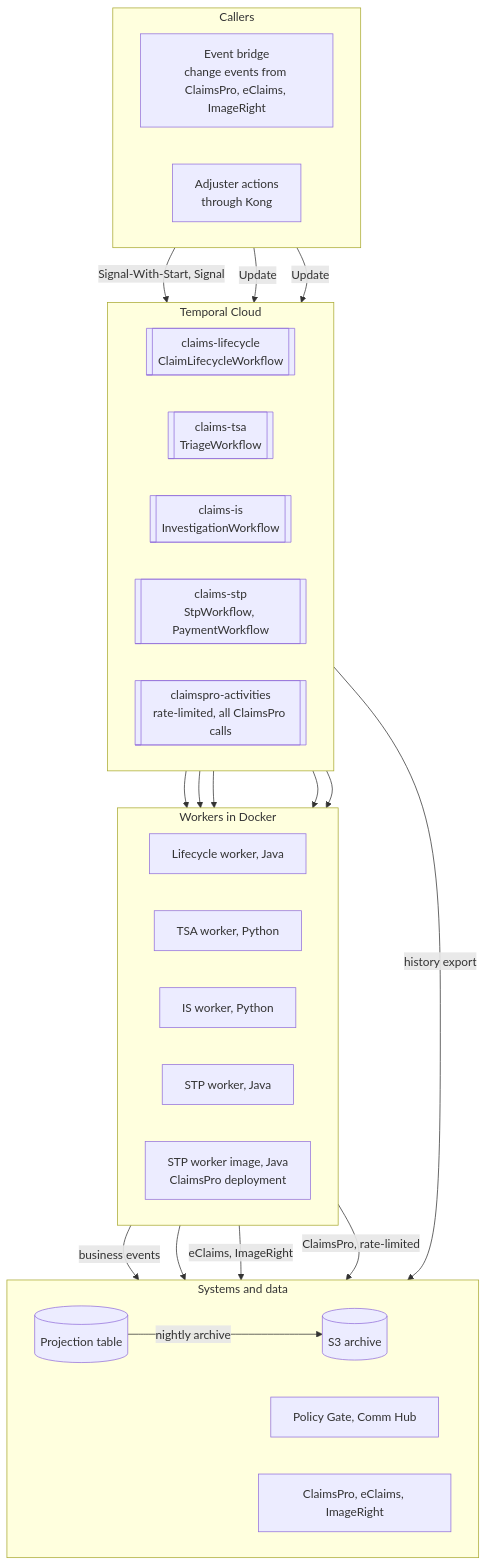
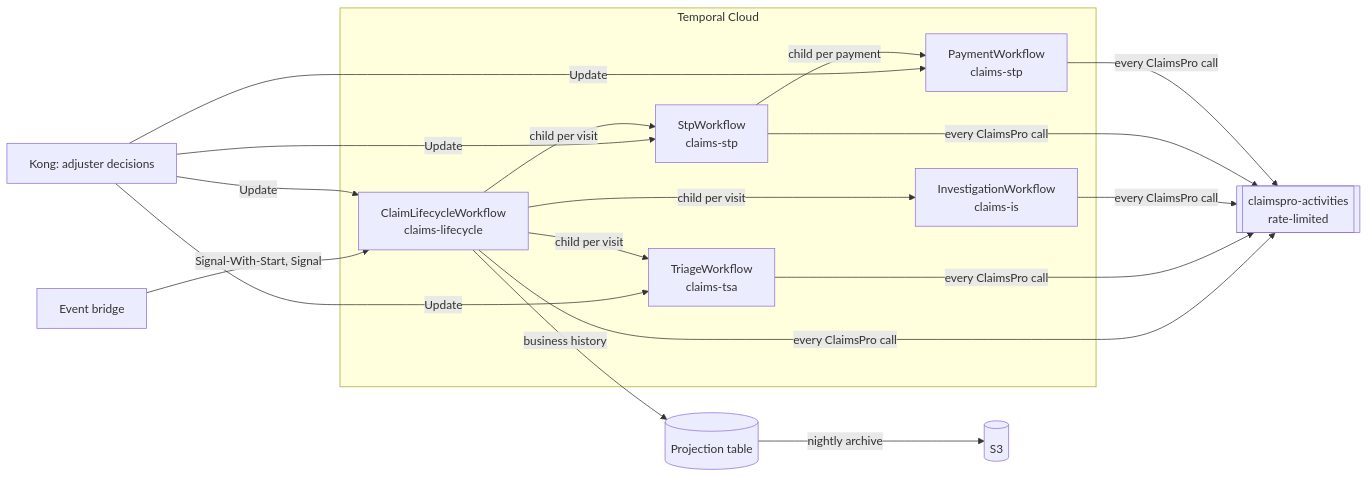
The diagram in claim-orchestrator/README.md (keerthir-ti/-claims-temporal-reference), drawn with Mermaid before and after one commit. The commit also changed other lines of this file and 422 other files, not shown here.

First line of the commit message:
Two production approaches for claims orchestration on Temporal

````diff
--- a/claim-orchestrator/README.md
+++ b/claim-orchestrator/README.md
@@ -16,45 +11,16 @@
 ```mermaid
-flowchart TB
-  subgraph IN[Callers]
-    direction LR
-    BR[Event bridge<br/>change events from ClaimsPro, eClaims, ImageRight]
-    AD[Adjuster actions<br/>through Kong]
+flowchart LR
+  BR[Event bridge] -->|Signal-With-Start, Signal| P
+  KG[Kong: adjuster decisions] -->|Update| P & T & S & PY
+  subgraph Temporal Cloud
+    P[ClaimLifecycleWorkflow<br/>claims-lifecycle]
+    T[TriageWorkflow<br/>claims-tsa]
+    I[InvestigationWorkflow<br/>claims-is]
+    S[StpWorkflow<br/>claims-stp]
+    PY[PaymentWorkflow<br/>claims-stp]
+    P -->|child per visit| T & I & S
+    S -->|child per payment| PY
   end
-  subgraph NS[Temporal Cloud]
-    direction LR
-    Q1[[claims-lifecycle<br/>ClaimLifecycleWorkflow]]
-    Q3[[claims-tsa<br/>TriageWorkflow]]
-    Q4[[claims-is<br/>InvestigationWorkflow]]
-    Q2[[claims-stp<br/>StpWorkflow, PaymentWorkflow]]
-    Q5[[claimspro-activities<br/>rate-limited, all ClaimsPro calls]]
-  end
-  subgraph WK[Workers in Docker]
-    direction LR
-    LW[Lifecycle worker, Java]
-    TW[TSA worker, Python]
-    IW[IS worker, Python]
-    SW[STP worker, Java]
-    CW[STP worker image, Java<br/>ClaimsPro deployment]
-  end
-  subgraph SYS[Systems and data]
-    direction LR
-    PT[(Projection table)]
-    PS[Policy Gate, Comm Hub]
-    CP[ClaimsPro, eClaims, ImageRight]
-    S3[(S3 archive)]
-  end
-  BR -->|Signal-With-Start, Signal| Q1
-  AD -->|Update| Q1
-  AD -->|Update| Q2
-  Q1 --> LW
-  Q3 --> TW
-  Q4 --> IW
-  Q2 --> SW
-  Q5 --> CW
-  LW -->|business events| PT
-  SW --> PS
-  SW -->|eClaims, ImageRight| CP
-  CW -->|ClaimsPro, rate-limited| CP
-  PT -->|nightly archive| S3
-  NS -->|history export| S3
+  P & T & I & S & PY -->|every ClaimsPro call| CP[[claimspro-activities<br/>rate-limited]]
+  P -->|business history| DB[(Projection table)] -->|nightly archive| S3[(S3)]
 ```
````
